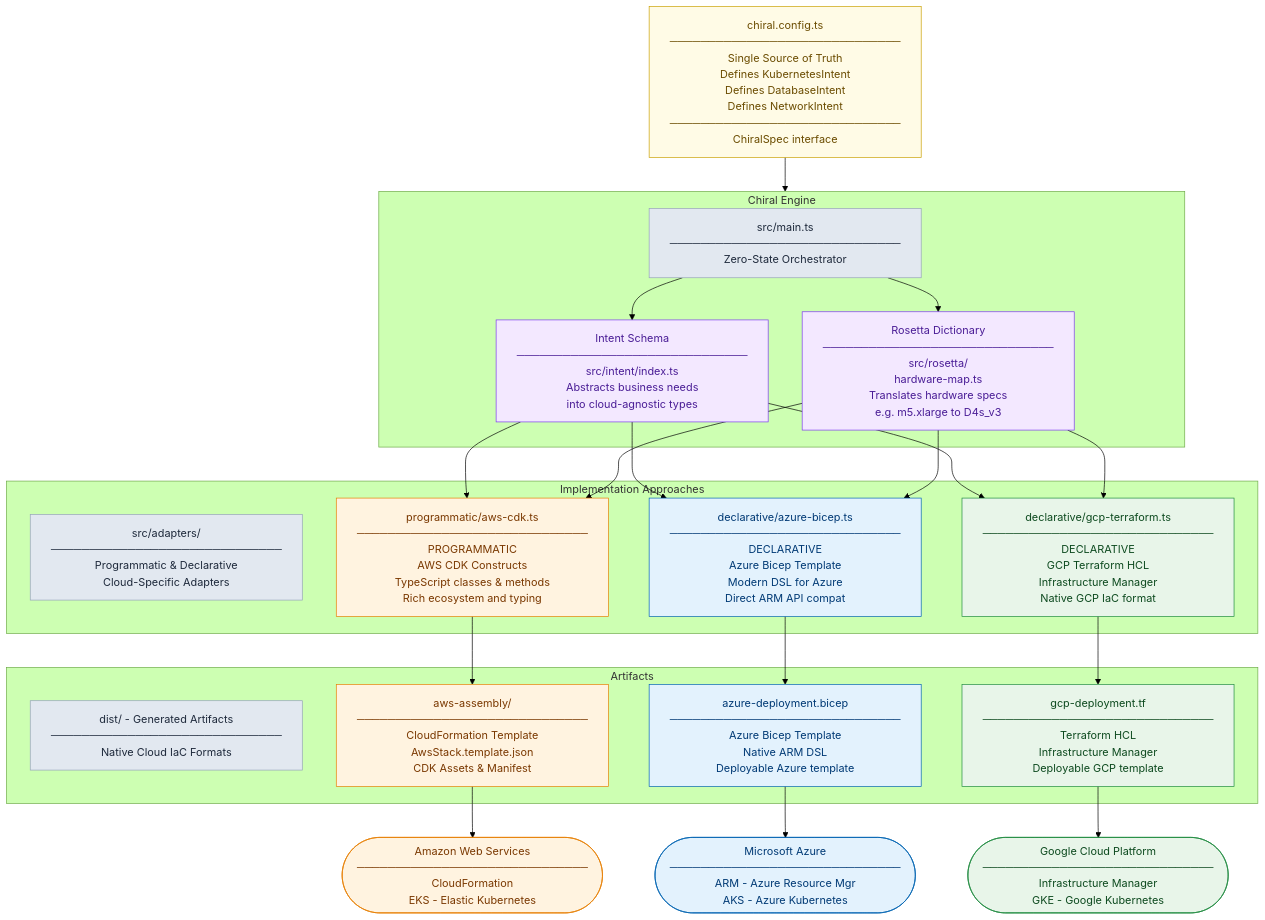
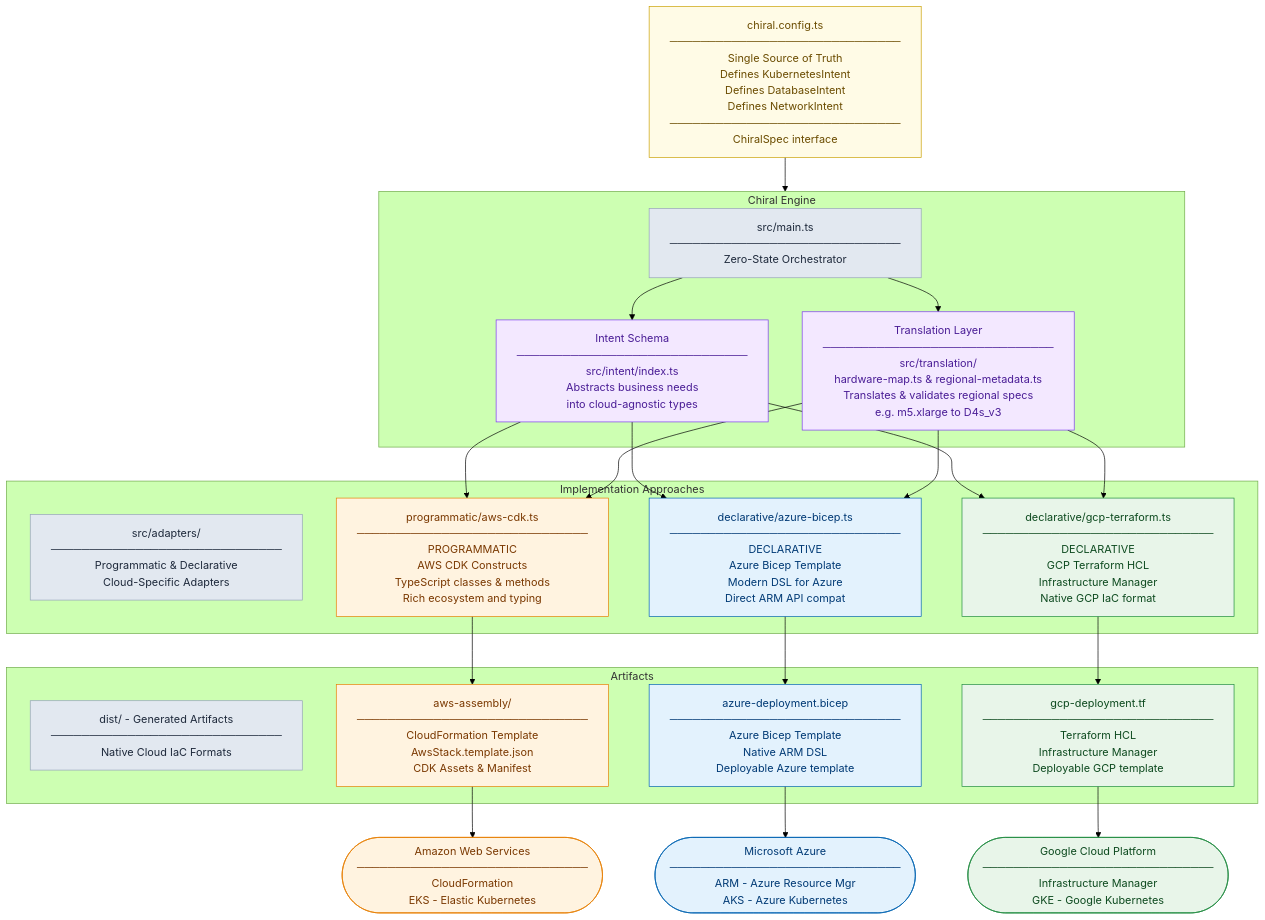
One commit to lloydchang/chiral-infrastructure-as-code changed the diagram in README.md. Above: the diagram before and after it, drawn with Mermaid (forest theme). The commit also changed 6 other files, not shown here.

````diff
--- a/README.md
+++ b/README.md
@@ -309,51 +309,51 @@
 ```mermaid
 flowchart TD
     classDef config   fill:#fffbe6,stroke:#c9a000,color:#6b4c00
     classDef engine   fill:#f3e8ff,stroke:#7c3aed,color:#4a1d96
     classDef awsNode  fill:#fff3e0,stroke:#e67e00,color:#7a3800
     classDef azNode   fill:#e3f2fd,stroke:#0063b1,color:#003a75
     classDef gcpNode  fill:#e8f5e9,stroke:#1e8a3e,color:#0d4a1f
     classDef header   fill:#e2e8f0,stroke:#94a3b8,color:#1e293b
 
     CONFIG[chiral.config.ts<br/>──────────────────────────────<br/>Single Source of Truth<br/>Defines KubernetesIntent<br/>Defines DatabaseIntent<br/>Defines NetworkIntent<br/>──────────────────────────────<br/>ChiralSpec interface]:::config
 
     subgraph ENGINE[Chiral Engine]
         EH[src/main.ts<br/>──────────────────────────────<br/>Zero-State Orchestrator]:::header
         INTENT[Intent Schema<br/>──────────────────────────────<br/>src/intent/index.ts<br/>Abstracts business needs<br/>into cloud-agnostic types]:::engine
-        ROSETTA[Rosetta Dictionary<br/>──────────────────────────────<br/>src/rosetta/<br/>hardware-map.ts<br/>Translates hardware specs<br/>e.g. m5.xlarge to D4s_v3]:::engine
+        ROSETTA[Translation Layer<br/>──────────────────────────────<br/>src/translation/<br/>hardware-map.ts & regional-metadata.ts<br/>Translates & validates regional specs<br/>e.g. m5.xlarge to D4s_v3]:::engine
     end
 
     subgraph ADAPTERS[Implementation Approaches]
         AH[src/adapters/<br/>──────────────────────────────<br/>Programmatic & Declarative<br/>Cloud-Specific Adapters]:::header
         AWS_A[programmatic/aws-cdk.ts<br/>──────────────────────────────<br/>PROGRAMMATIC<br/>AWS CDK Constructs<br/>TypeScript classes & methods<br/>Rich ecosystem and typing]:::awsNode
         AZURE_A[declarative/azure-bicep.ts<br/>──────────────────────────────<br/>DECLARATIVE<br/>Azure Bicep Template<br/>Modern DSL for Azure<br/>Direct ARM API compat]:::azNode
         GCP_A[declarative/gcp-terraform.ts<br/>──────────────────────────────<br/>DECLARATIVE<br/>GCP Terraform HCL<br/>Infrastructure Manager<br/>Native GCP IaC format]:::gcpNode
     end
 
     subgraph DIST[Artifacts]
         DH[dist/ - Generated Artifacts<br/>──────────────────────────────<br/>Native Cloud IaC Formats]:::header
         AWS_D[aws-assembly/<br/>──────────────────────────────<br/>CloudFormation Template<br/>AwsStack.template.json<br/>CDK Assets & Manifest]:::awsNode
         AZURE_D[azure-deployment.bicep<br/>──────────────────────────────<br/>Azure Bicep Template<br/>Native ARM DSL<br/>Deployable Azure template]:::azNode
         GCP_D[gcp-deployment.tf<br/>──────────────────────────────<br/>Terraform HCL<br/>Infrastructure Manager<br/>Deployable GCP template]:::gcpNode
     end
 
     AWS_C([Amazon Web Services<br/>──────────────────────────────<br/>CloudFormation<br/>EKS - Elastic Kubernetes]):::awsNode
     AZURE_C([Microsoft Azure<br/>──────────────────────────────<br/>ARM - Azure Resource Mgr<br/>AKS - Azure Kubernetes]):::azNode
     GCP_C([Google Cloud Platform<br/>──────────────────────────────<br/>Infrastructure Manager<br/>GKE - Google Kubernetes]):::gcpNode
 
     CONFIG --> ENGINE
     EH --> INTENT
     EH --> ROSETTA
     INTENT --> AWS_A
     INTENT --> AZURE_A
     INTENT --> GCP_A
     ROSETTA --> AWS_A
     ROSETTA --> AZURE_A
     ROSETTA --> GCP_A
     AWS_A --> AWS_D
     AZURE_A --> AZURE_D
     GCP_A --> GCP_D
     AWS_D --> AWS_C
     AZURE_D --> AZURE_C
     GCP_D --> GCP_C
 ```
````
